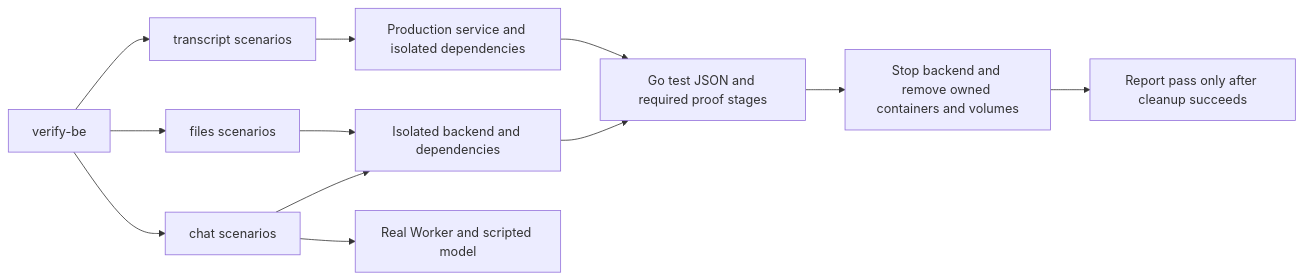
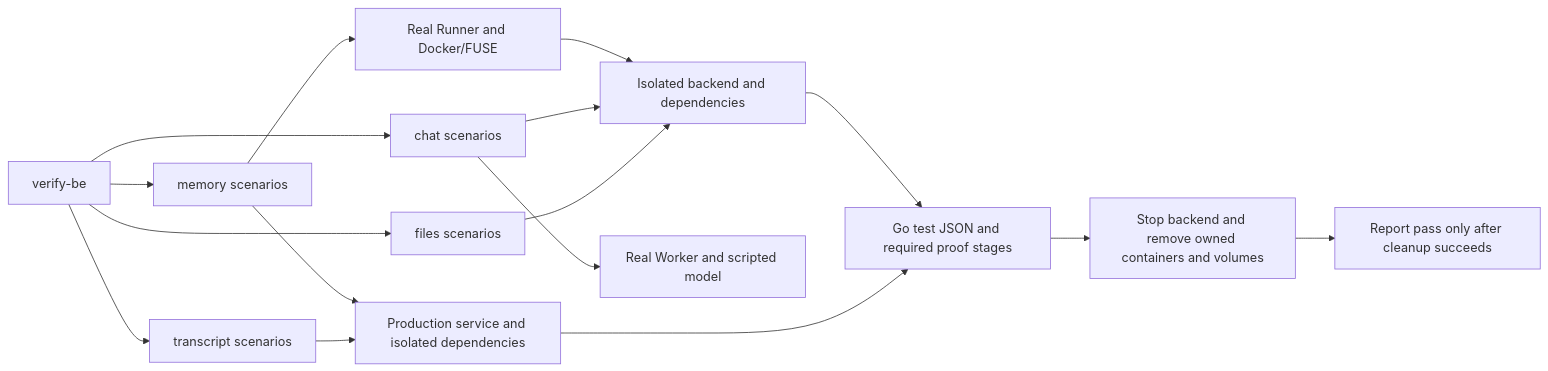
Before and after one commit to superduck-ai/open-managed-agents: the diagram in docs/design/be/backend-verification.md, drawn with Mermaid. The commit also changed other lines of this file and 27 other files, not shown here.

````diff
--- a/docs/design/be/backend-verification.md
+++ b/docs/design/be/backend-verification.md
@@ -25,14 +25,18 @@
 ```mermaid
 flowchart LR
     CLI[verify-be] --> Chat[chat scenarios]
     CLI --> Files[files scenarios]
+    CLI --> Memory[memory scenarios]
+    Memory --> Integration
+    Memory --> Mounts[Real Runner and Docker/FUSE]
+    Mounts --> Runtime
     CLI --> Transcript[transcript scenarios]
     Transcript --> Integration[Production service and isolated dependencies]
     Chat --> Runtime[Isolated backend and dependencies]
     Files --> Runtime
     Chat --> Worker[Real Worker and scripted model]
     Runtime --> Evidence[Go test JSON and required proof stages]
     Integration --> Evidence
     Evidence --> Cleanup[Stop backend and remove owned containers and volumes]
     Cleanup --> Verdict[Report pass only after cleanup succeeds]
 ```
````
